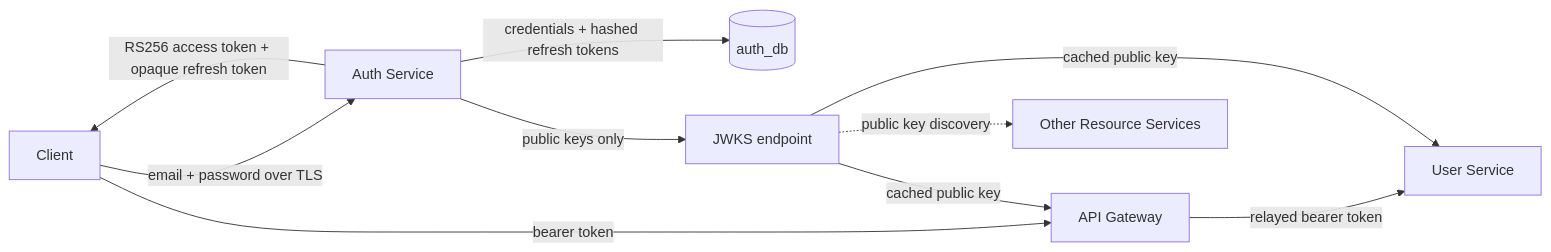
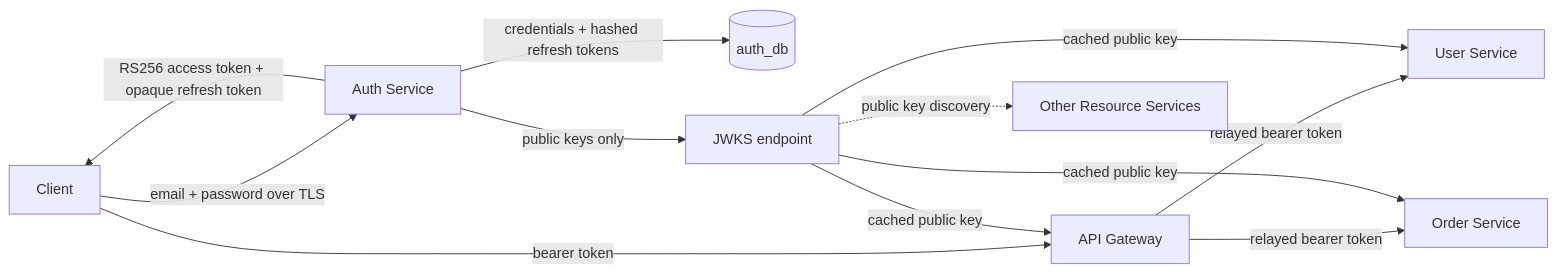
The diagram in docs/architecture/security.md (tranverse/ecommerce-microservices), drawn with Mermaid before and after one commit. The commit also changed other lines of this file and 13 other files, not shown here.

Commit message:
docs(order): explain synchronous acceptance flow

````diff
--- a/docs/architecture/security.md
+++ b/docs/architecture/security.md
@@ -9,12 +9,14 @@
 ```mermaid
 flowchart LR
     Client -->|email + password over TLS| Auth[Auth Service]
     Auth -->|credentials + hashed refresh tokens| DB[(auth_db)]
     Auth -->|RS256 access token + opaque refresh token| Client
     Auth -->|public keys only| JWKS[JWKS endpoint]
     Client -->|bearer token| Gateway[API Gateway]
     Gateway -->|relayed bearer token| User[User Service]
+    Gateway -->|relayed bearer token| Order[Order Service]
     JWKS -->|cached public key| Gateway
     JWKS -->|cached public key| User
+    JWKS -->|cached public key| Order
     JWKS -. public key discovery .-> Services[Other Resource Services]
 ```
````
